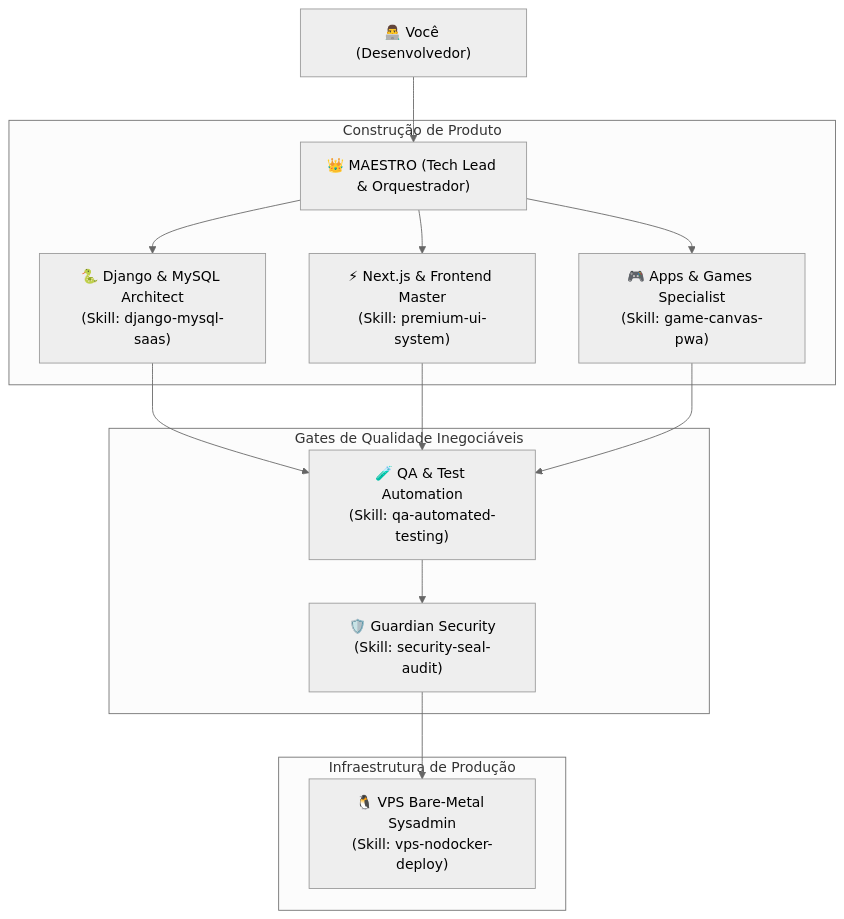
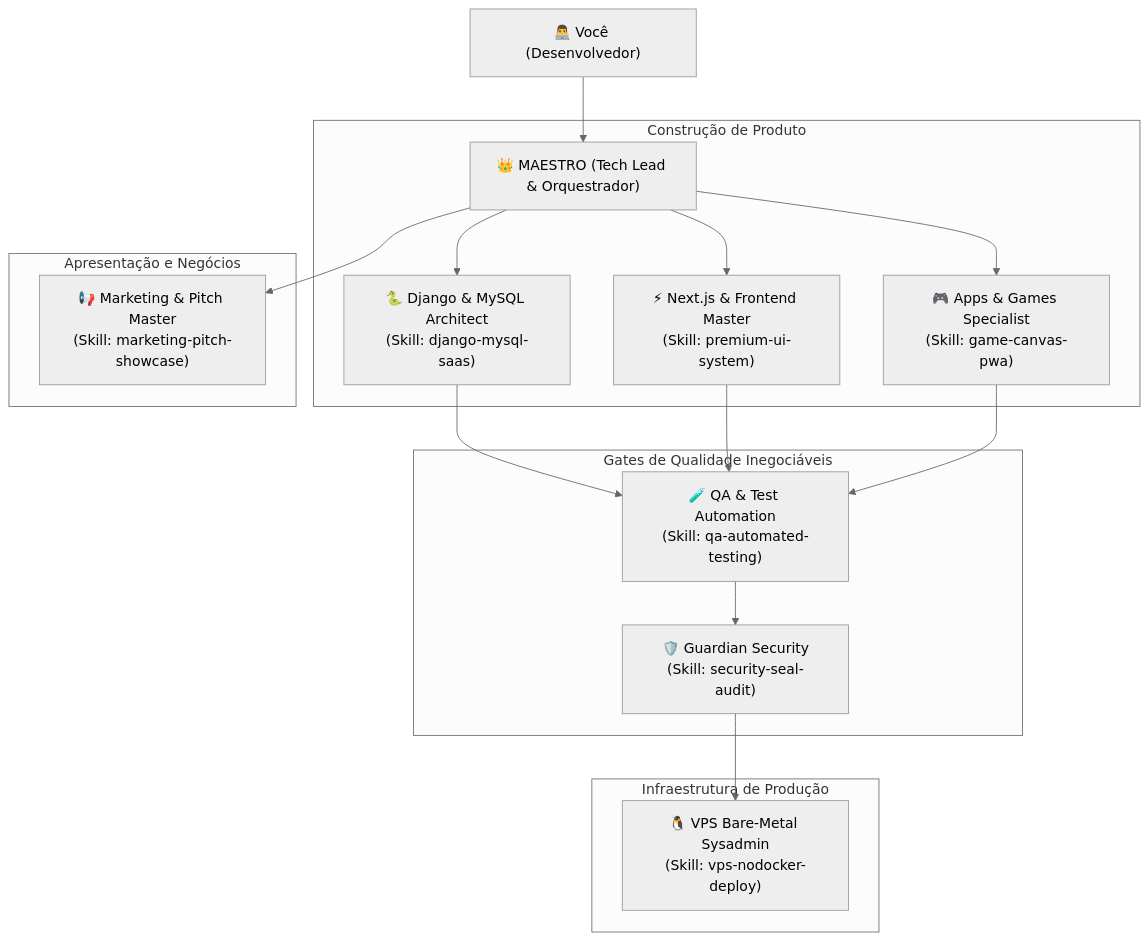
Before and after one commit to gwpoliveira/antigravity-fullstack-maestro: the diagram in README.md, drawn with Mermaid (neutral theme). The commit also changed other lines of this file and 6 other files, not shown here.

Commit message:
feat(marketing): add marketing pitch master subagent and showcase skill

````diff
--- a/README.md
+++ b/README.md
@@ -53,21 +53,25 @@
 ```mermaid
 graph TD
     User["👨‍💻 Você (Desenvolvedor)"] --> Maestro["👑 MAESTRO (Tech Lead & Orquestrador)"]
     
     subgraph "Construção de Produto"
         Maestro --> S1["🐍 Django & MySQL Architect<br/>(Skill: django-mysql-saas)"]
         Maestro --> S2["⚡ Next.js & Frontend Master<br/>(Skill: premium-ui-system)"]
         Maestro --> S3["🎮 Apps & Games Specialist<br/>(Skill: game-canvas-pwa)"]
     end
     
+    subgraph "Apresentação e Negócios"
+        Maestro --> S7["📢 Marketing & Pitch Master<br/>(Skill: marketing-pitch-showcase)"]
+    end
+
     subgraph "Gates de Qualidade Inegociáveis"
         S1 --> S4["🧪 QA & Test Automation<br/>(Skill: qa-automated-testing)"]
         S2 --> S4
         S3 --> S4
         S4 --> S5["🛡️ Guardian Security<br/>(Skill: security-seal-audit)"]
     end
 
     subgraph "Infraestrutura de Produção"
         S5 --> S6["🐧 VPS Bare-Metal Sysadmin<br/>(Skill: vps-nodocker-deploy)"]
     end
 ```
````
